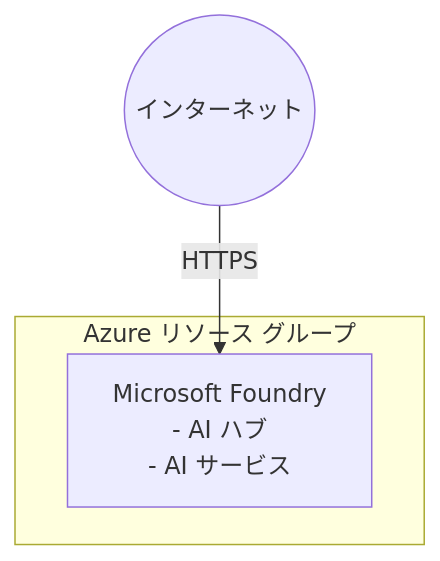
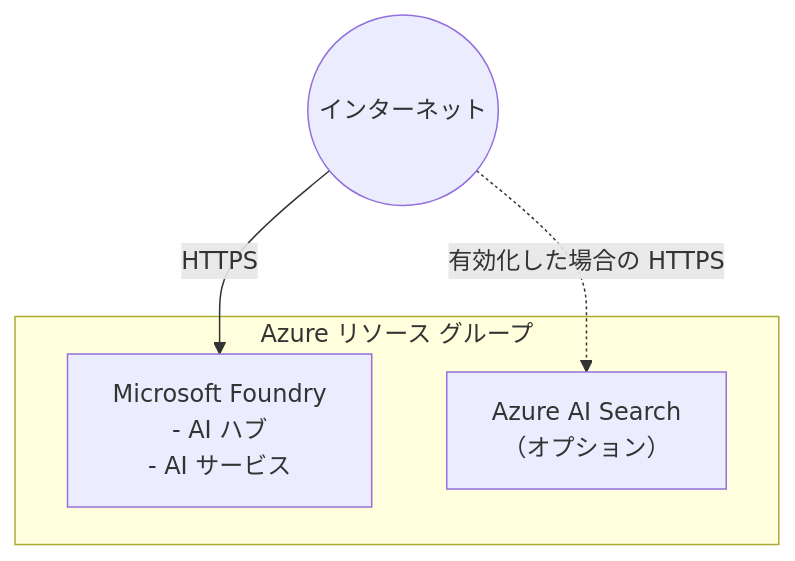
The diagram in infra/scenarios/azure_microsoft_foundry/README.ja.md (ks6088ts/template-terraform), drawn with Mermaid before and after one commit. The commit also changed other lines of this file and 10 other files, not shown here.

````diff
--- a/infra/scenarios/azure_microsoft_foundry/README.ja.md
+++ b/infra/scenarios/azure_microsoft_foundry/README.ja.md
@@ -11,10 +12,12 @@
 ```mermaid
 flowchart TB
     Internet((インターネット))
 
     subgraph Azure["Azure リソース グループ"]
         MF["Microsoft Foundry<br/>- AI ハブ<br/>- AI サービス"]
+        Search["Azure AI Search<br/>（オプション）"]
     end
 
     Internet -->|HTTPS| MF
+    Internet -.->|有効化した場合の HTTPS| Search
 ```
````
